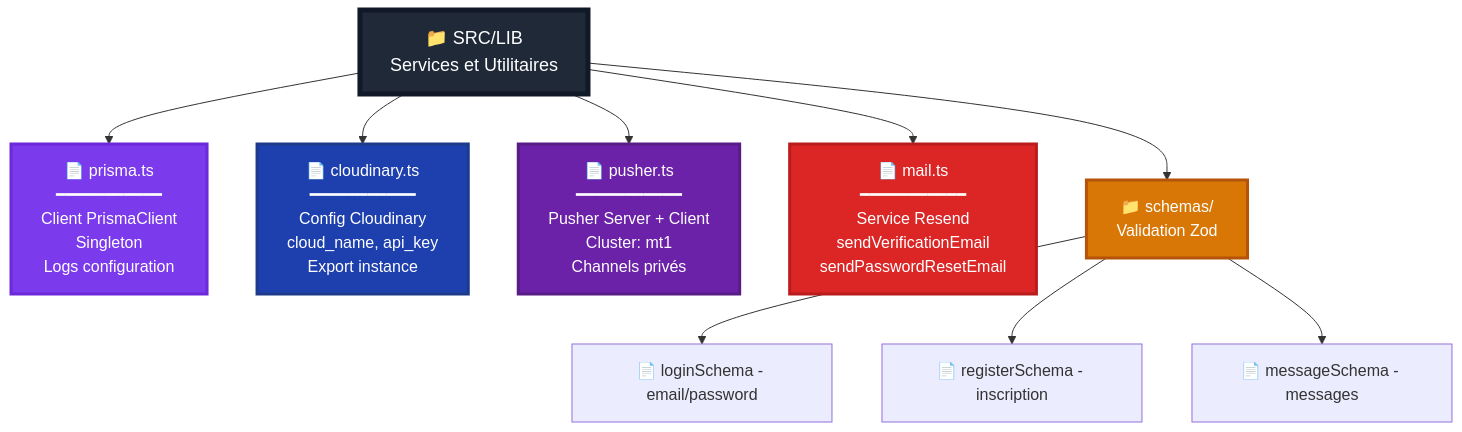
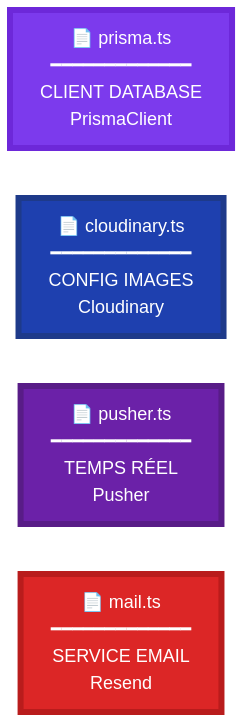
One commit to inskillflow/next-auth-demo-2-match changed the tenth of 30 diagrams in documentation/17-arborescence-fichiers-roles.md. Above: the diagram before and after it, drawn with Mermaid. The commit also changed other lines of this file, not shown here.

````diff
--- a/documentation/17-arborescence-fichiers-roles.md
+++ b/documentation/17-arborescence-fichiers-roles.md
@@ -159,25 +205,12 @@
 ```mermaid
-flowchart TD
-    LIB["📁 SRC/LIB<br/>Services et Utilitaires"]
+flowchart LR
+    PRISMA["📄 prisma.ts<br/>━━━━━━━━━━━━━<br/>CLIENT DATABASE<br/>PrismaClient"]
+    CLOUD["📄 cloudinary.ts<br/>━━━━━━━━━━━━━<br/>CONFIG IMAGES<br/>Cloudinary"]
+    PUSHER["📄 pusher.ts<br/>━━━━━━━━━━━━━<br/>TEMPS RÉEL<br/>Pusher"]
+    MAIL["📄 mail.ts<br/>━━━━━━━━━━━━━<br/>SERVICE EMAIL<br/>Resend"]
     
-    LIB --> PRISMA_FILE["📄 prisma.ts<br/>━━━━━━━━━━━<br/>Client PrismaClient<br/>Singleton<br/>Logs configuration"]
-    
-    LIB --> CLOUDINARY_FILE["📄 cloudinary.ts<br/>━━━━━━━━━━━<br/>Config Cloudinary<br/>cloud_name, api_key<br/>Export instance"]
-    
-    LIB --> PUSHER_FILE["📄 pusher.ts<br/>━━━━━━━━━━━<br/>Pusher Server + Client<br/>Cluster: mt1<br/>Channels privés"]
-    
-    LIB --> MAIL_FILE["📄 mail.ts<br/>━━━━━━━━━━━<br/>Service Resend<br/>sendVerificationEmail<br/>sendPasswordResetEmail"]
-    
-    LIB --> SCHEMAS["📁 schemas/<br/>Validation Zod"]
-    
-    SCHEMAS --> S1["📄 loginSchema - email/password"]
-    SCHEMAS --> S2["📄 registerSchema - inscription"]
-    SCHEMAS --> S3["📄 messageSchema - messages"]
-    
-    style LIB fill:#1f2937,stroke:#111827,stroke-width:5px,color:#fff,font-size:18px
-    style PRISMA_FILE fill:#7c3aed,stroke:#6d28d9,stroke-width:3px,color:#fff
-    style CLOUDINARY_FILE fill:#1e40af,stroke:#1e3a8a,stroke-width:3px,color:#fff
-    style PUSHER_FILE fill:#6b21a8,stroke:#581c87,stroke-width:3px,color:#fff
-    style MAIL_FILE fill:#dc2626,stroke:#b91c1c,stroke-width:3px,color:#fff
-    style SCHEMAS fill:#d97706,stroke:#b45309,stroke-width:3px,color:#fff
+    style PRISMA fill:#7c3aed,stroke:#6d28d9,stroke-width:6px,color:#fff,font-size:18px
+    style CLOUD fill:#1e40af,stroke:#1e3a8a,stroke-width:6px,color:#fff,font-size:18px
+    style PUSHER fill:#6b21a8,stroke:#581c87,stroke-width:6px,color:#fff,font-size:18px
+    style MAIL fill:#dc2626,stroke:#b91c1c,stroke-width:6px,color:#fff,font-size:18px
 ```
````
